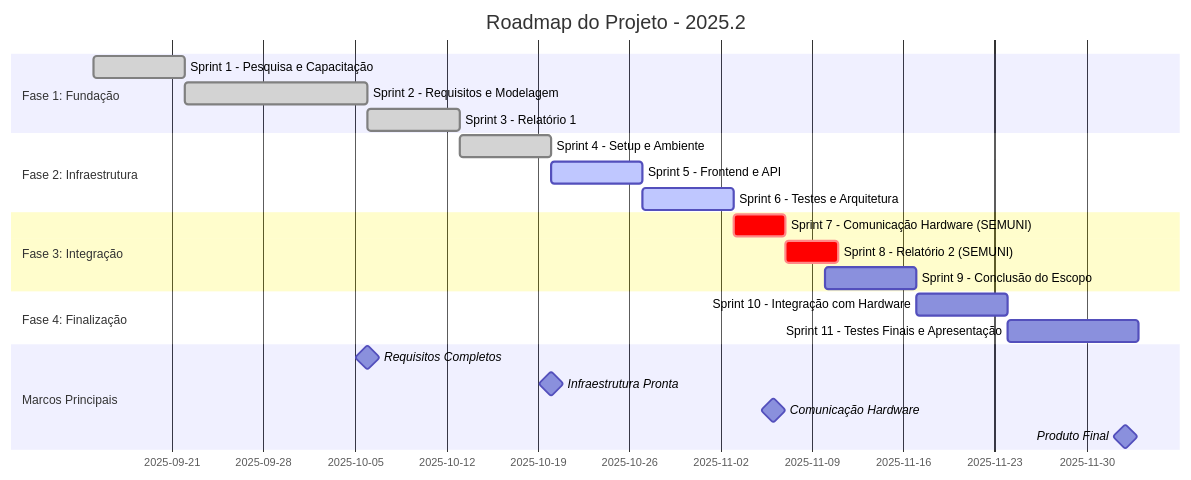
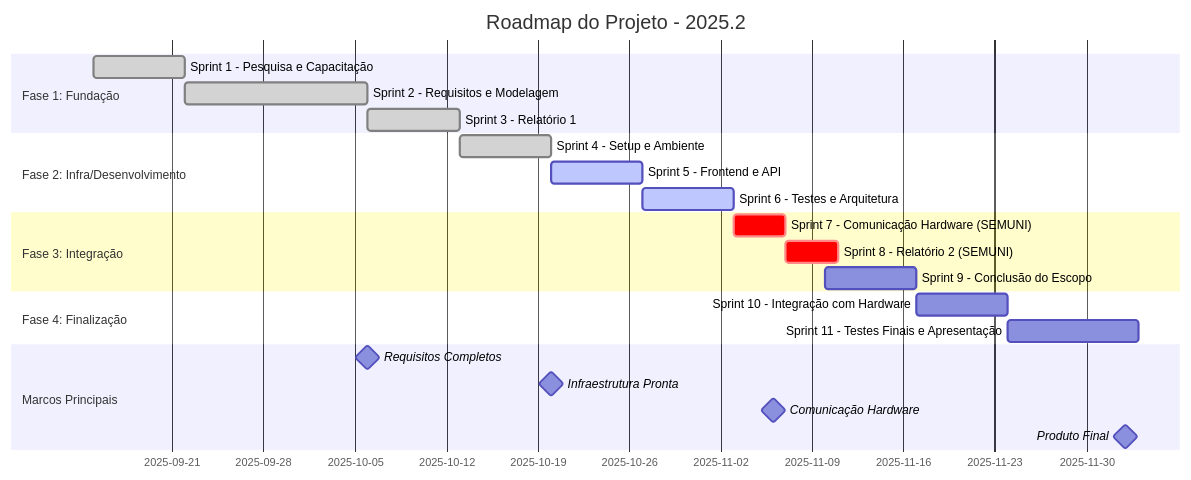
One commit to PI1-2025-FCTE/2025.2-PI-Software-Docs changed the diagram in roadmap.md. Above: the diagram before and after it, drawn with Mermaid.

Commit message:
reafctor: muda nome de fase

````diff
--- a/roadmap.md
+++ b/roadmap.md
@@ -414,30 +414,30 @@
 ```mermaid
 gantt
     title Roadmap do Projeto - 2025.2
     dateFormat  DD/MM/YYYY
     
     section Fase 1: Fundação
     Sprint 1 - Pesquisa e Capacitação           :done,    s1, 15/09/2025, 7d
     Sprint 2 - Requisitos e Modelagem           :done,    s2, 22/09/2025, 14d
     Sprint 3 - Relatório 1                      :done,    s3, 06/10/2025, 7d
     
-    section Fase 2: Infraestrutura
+    section Fase 2: Infra/Desenvolvimento
     Sprint 4 - Setup e Ambiente                 :done,    s4, 13/10/2025, 7d
     Sprint 5 - Frontend e API                   :active,  s5, 20/10/2025, 7d
     Sprint 6 - Testes e Arquitetura             :active,  s6, 27/10/2025, 7d
     
     section Fase 3: Integração
     Sprint 7 - Comunicação Hardware (SEMUNI)    :crit,    s7, 03/11/2025, 4d
     Sprint 8 - Relatório 2 (SEMUNI)             :crit,    s8, 07/11/2025, 4d
     Sprint 9 - Conclusão do Escopo              :         s9, 10/11/2025, 7d
     
     section Fase 4: Finalização
     Sprint 10 - Integração com Hardware         :         s10, 17/11/2025, 7d
     Sprint 11 - Testes Finais e Apresentação    :         s11, 24/11/2025, 10d
     
     section Marcos Principais
     Requisitos Completos                        :milestone, m1, 06/10/2025, 0d
     Infraestrutura Pronta                       :milestone, m2, 20/10/2025, 0d
     Comunicação Hardware                        :milestone, m3, 06/11/2025, 0d
     Produto Final                               :milestone, m4, 03/12/2025, 0d
 ```
````
